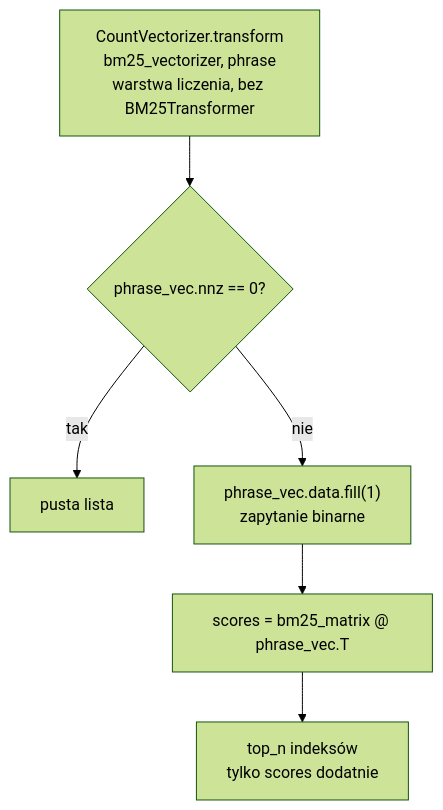
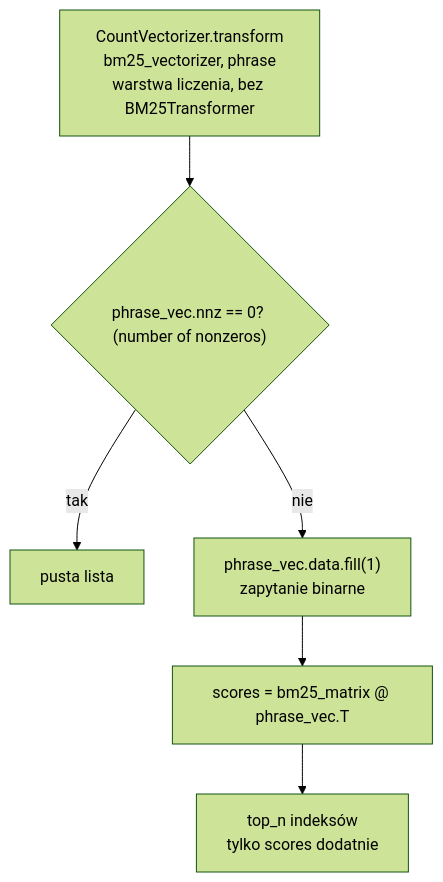
The eighth of 8 diagrams in README.md (senicko/browser), drawn with Mermaid (forest theme) before and after one commit.

Commit message:
feat: Explain nnz abbreviation in README.md

````diff
--- a/README.md
+++ b/README.md
@@ -309,13 +309,13 @@
 ```mermaid
 flowchart TD
     A["CountVectorizer.transform<br/>bm25_vectorizer, phrase<br/>warstwa liczenia, bez BM25Transformer"]
-    B{"phrase_vec.nnz == 0?"}
+    B{"phrase_vec.nnz == 0? (number of nonzeros)"}
     C["pusta lista"]
     D["phrase_vec.data.fill(1)<br/>zapytanie binarne"]
     E["scores = bm25_matrix @ phrase_vec.T"]
     F["top_n indeksów<br/>tylko scores dodatnie"]
 
     A --> B
     B -->|tak| C
     B -->|nie| D --> E --> F
 ```
````
